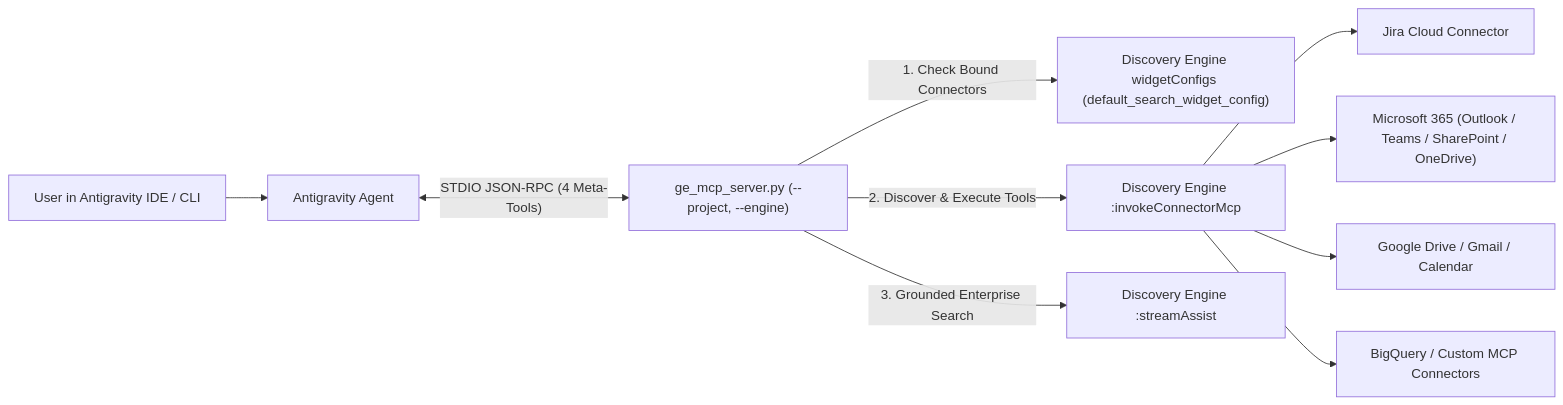
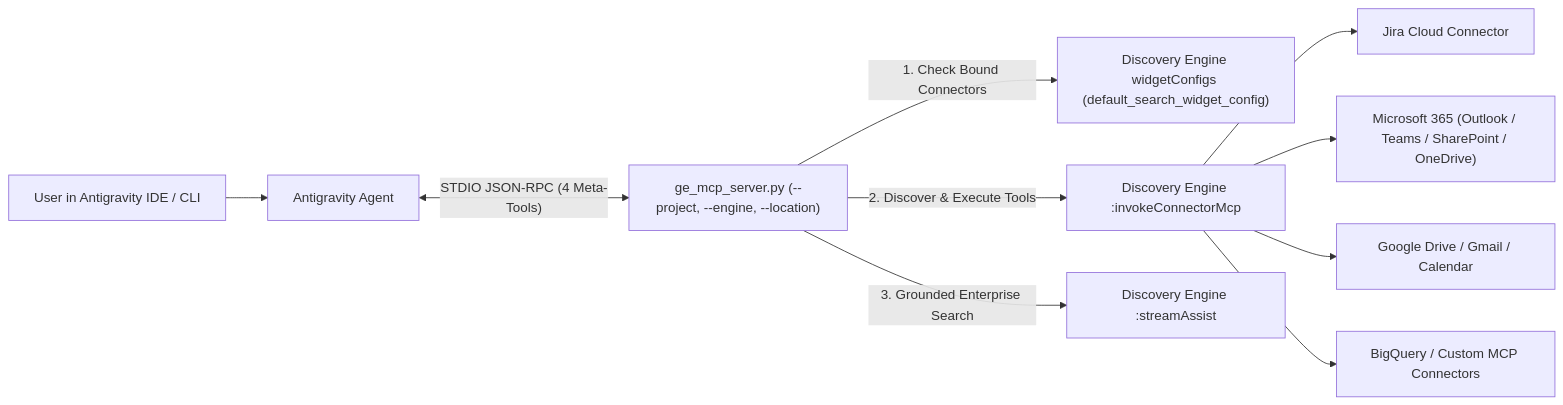
The diagram in README.md (caugusto/agy_ge_mcp), drawn with Mermaid before and after one commit. The commit also changed other lines of this file and 3 other files, not shown here.

Commit message:
Auto-detect engine location in installer, avoid hardcoding global in docs, and use GA v1 for engines/streamAssist

````diff
--- a/README.md
+++ b/README.md
@@ -11,12 +11,12 @@
 ```mermaid
 flowchart LR
     User["User in Antigravity IDE / CLI"] --> AGY["Antigravity Agent"]
-    AGY <-->|"STDIO JSON-RPC (4 Meta-Tools)"| MCP["ge_mcp_server.py (--project, --engine)"]
+    AGY <-->|"STDIO JSON-RPC (4 Meta-Tools)"| MCP["ge_mcp_server.py (--project, --engine, --location)"]
     MCP -->|"1. Check Bound Connectors"| Widget["Discovery Engine widgetConfigs (default_search_widget_config)"]
     MCP -->|"2. Discover & Execute Tools"| Invoke["Discovery Engine :invokeConnectorMcp"]
     MCP -->|"3. Grounded Enterprise Search"| Assist["Discovery Engine :streamAssist"]
     Invoke --> Jira["Jira Cloud Connector"]
     Invoke --> M365["Microsoft 365 (Outlook / Teams / SharePoint / OneDrive)"]
     Invoke --> GWorkspace["Google Drive / Gmail / Calendar"]
     Invoke --> BQ["BigQuery / Custom MCP Connectors"]
 ```
````
